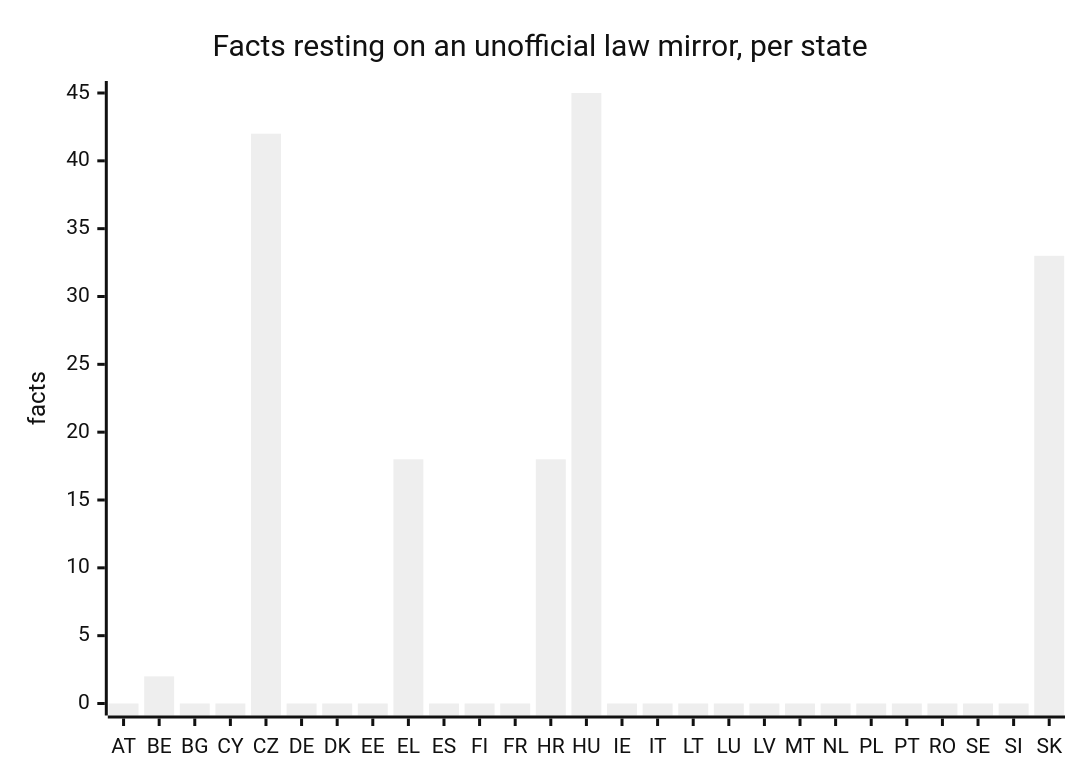
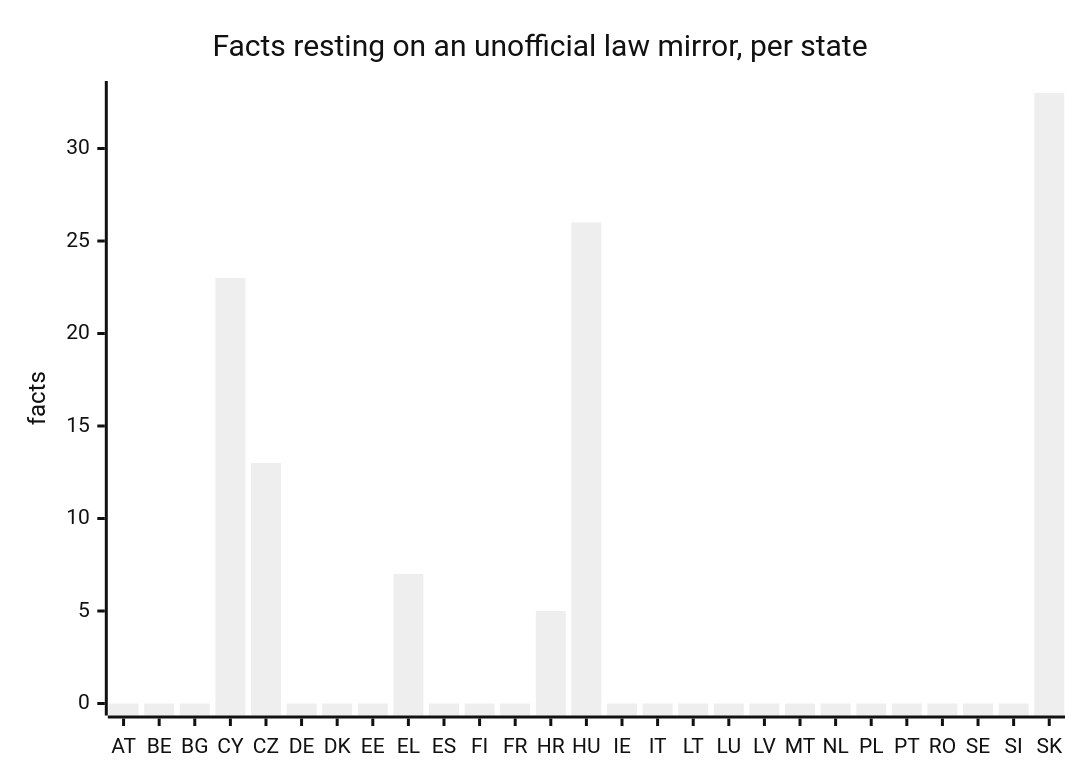
The third of 5 diagrams in docs/evidence.md (EU27-data-sovereignty/eu27-data-sovereignty), drawn with Mermaid (neutral theme) before and after one commit. The commit also changed other lines of this file and 146 other files, not shown here.

````diff
--- a/docs/evidence.md
+++ b/docs/evidence.md
@@ -60,7 +61,7 @@
 ```mermaid
 xychart-beta
   title "Facts resting on an unofficial law mirror, per state"
   x-axis [AT, BE, BG, CY, CZ, DE, DK, EE, EL, ES, FI, FR, HR, HU, IE, IT, LT, LU, LV, MT, NL, PL, PT, RO, SE, SI, SK]
-  y-axis "facts" 0 --> 45
-  bar [0, 2, 0, 0, 42, 0, 0, 0, 18, 0, 0, 0, 18, 45, 0, 0, 0, 0, 0, 0, 0, 0, 0, 0, 0, 0, 33]
+  y-axis "facts" 0 --> 33
+  bar [0, 0, 0, 23, 13, 0, 0, 0, 7, 0, 0, 0, 5, 26, 0, 0, 0, 0, 0, 0, 0, 0, 0, 0, 0, 0, 33]
 ```
````
